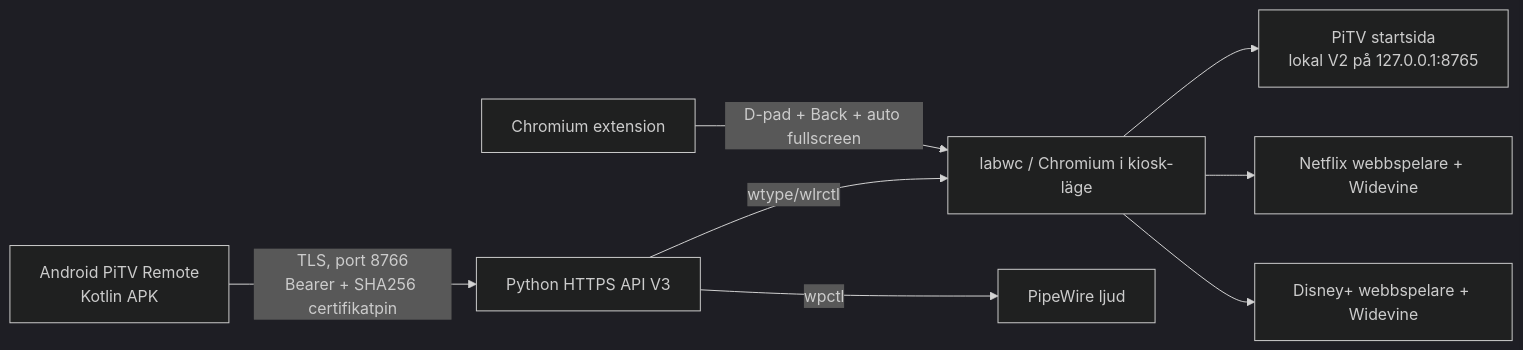
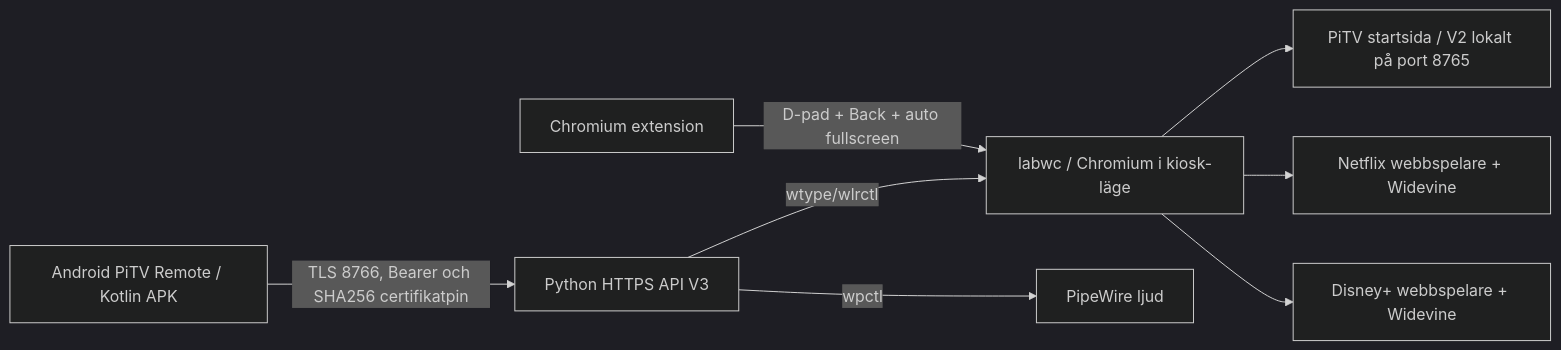
One commit to leviithal/PiTV changed the diagram in docs/ARKITEKTUR.md. Above: the diagram before and after it, drawn with Mermaid (dark theme). The commit also changed 9 other files, not shown here.

````diff
--- a/docs/ARKITEKTUR.md
+++ b/docs/ARKITEKTUR.md
@@ -3,10 +3,10 @@
 ```mermaid
 flowchart LR
- A[Android PiTV Remote<br/>Kotlin APK] -- TLS, port 8766<br/>Bearer + SHA256 certifikatpin --> B[Python HTTPS API V3]
+ A[Android PiTV Remote / Kotlin APK] -->|TLS 8766, Bearer och SHA256 certifikatpin| B[Python HTTPS API V3]
  B -- wtype/wlrctl --> C[labwc / Chromium i kiosk-läge]
  B -- wpctl --> D[PipeWire ljud]
- C --> E[PiTV startsida<br/>lokal V2 på 127.0.0.1:8765]
+ C --> E[PiTV startsida / V2 lokalt på port 8765]
  C --> F[Netflix webbspelare + Widevine]
  C --> G[Disney+ webbspelare + Widevine]
  H[Chromium extension] -- D-pad + Back + auto fullscreen --> C
 ```
````
